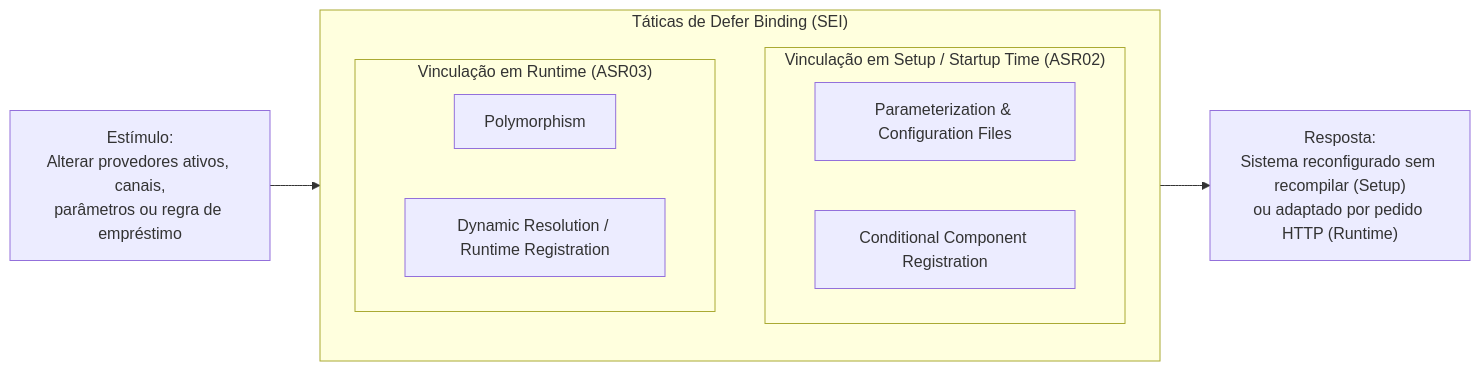
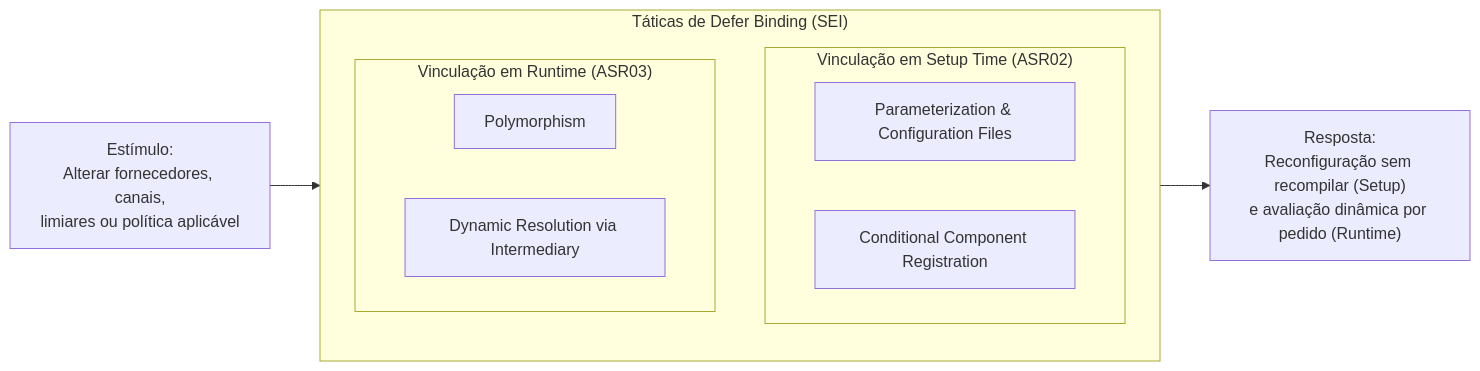
Before and after one commit to RafaelBrandao04/psoft-project-2026-1: the second of 3 diagrams in Docs/ARQSOFT/system-to-be/architectural-tactics.md, drawn with Mermaid. The commit also changed other lines of this file and 8 other files, not shown here.

Commit message:
docs(arqsoft): sync architecture and testing docs with codebase and remove theoretical bloat

````diff
--- a/Docs/ARQSOFT/system-to-be/architectural-tactics.md
+++ b/Docs/ARQSOFT/system-to-be/architectural-tactics.md
@@ -107,18 +57,18 @@
 ```mermaid
 flowchart LR
-    S["Estímulo:<br/>Alterar provedores ativos, canais,<br/>parâmetros ou regra de empréstimo"] --> T
+    S["Estímulo:<br/>Alterar fornecedores, canais,<br/>limiares ou política aplicável"] --> T
 
     subgraph T["Táticas de Defer Binding (SEI)"]
         direction TB
-        subgraph ST["Vinculação em Setup / Startup Time (ASR02)"]
+        subgraph ST["Vinculação em Setup Time (ASR02)"]
             T1["Parameterization & Configuration Files"]
             T2["Conditional Component Registration"]
         end
         subgraph RT["Vinculação em Runtime (ASR03)"]
             T3["Polymorphism"]
-            T4["Dynamic Resolution / Runtime Registration"]
+            T4["Dynamic Resolution via Intermediary"]
         end
     end
 
-    T --> R["Resposta:<br/>Sistema reconfigurado sem recompilar (Setup)<br/>ou adaptado por pedido HTTP (Runtime)"]
+    T --> R["Resposta:<br/>Reconfiguração sem recompilar (Setup)<br/>e avaliação dinâmica por pedido (Runtime)"]
 ```
````
